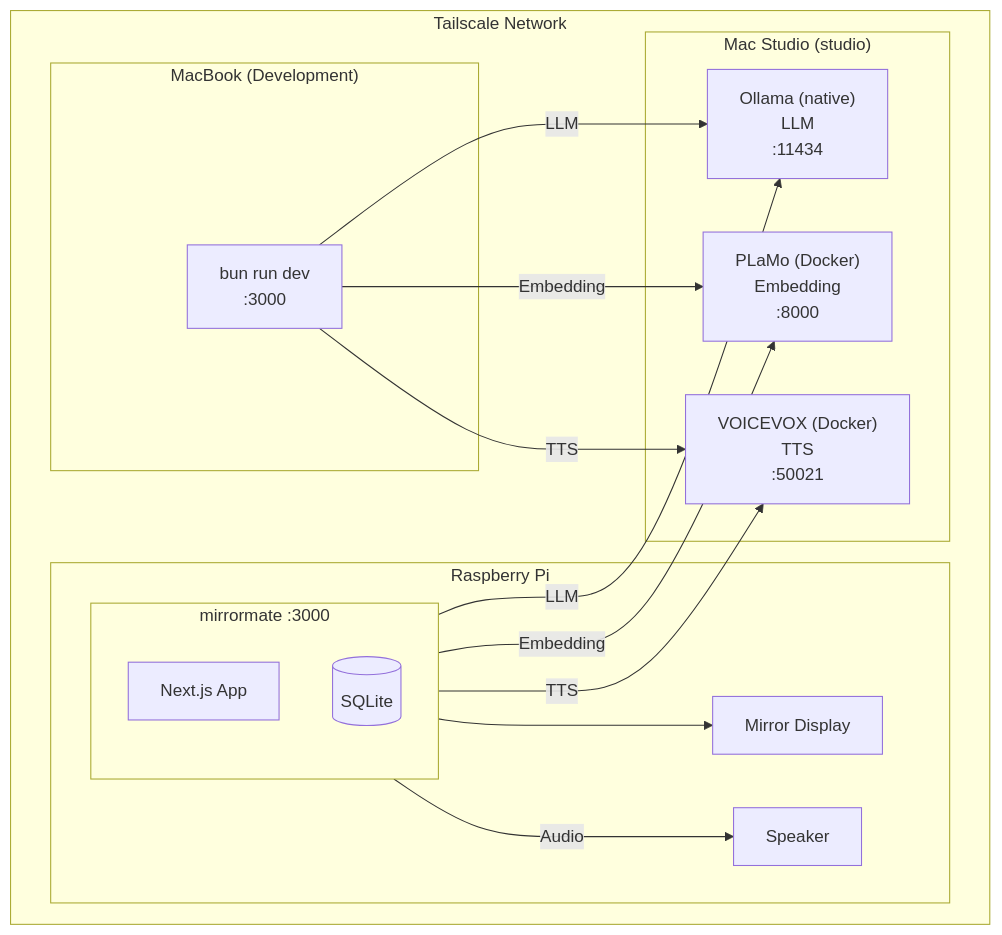
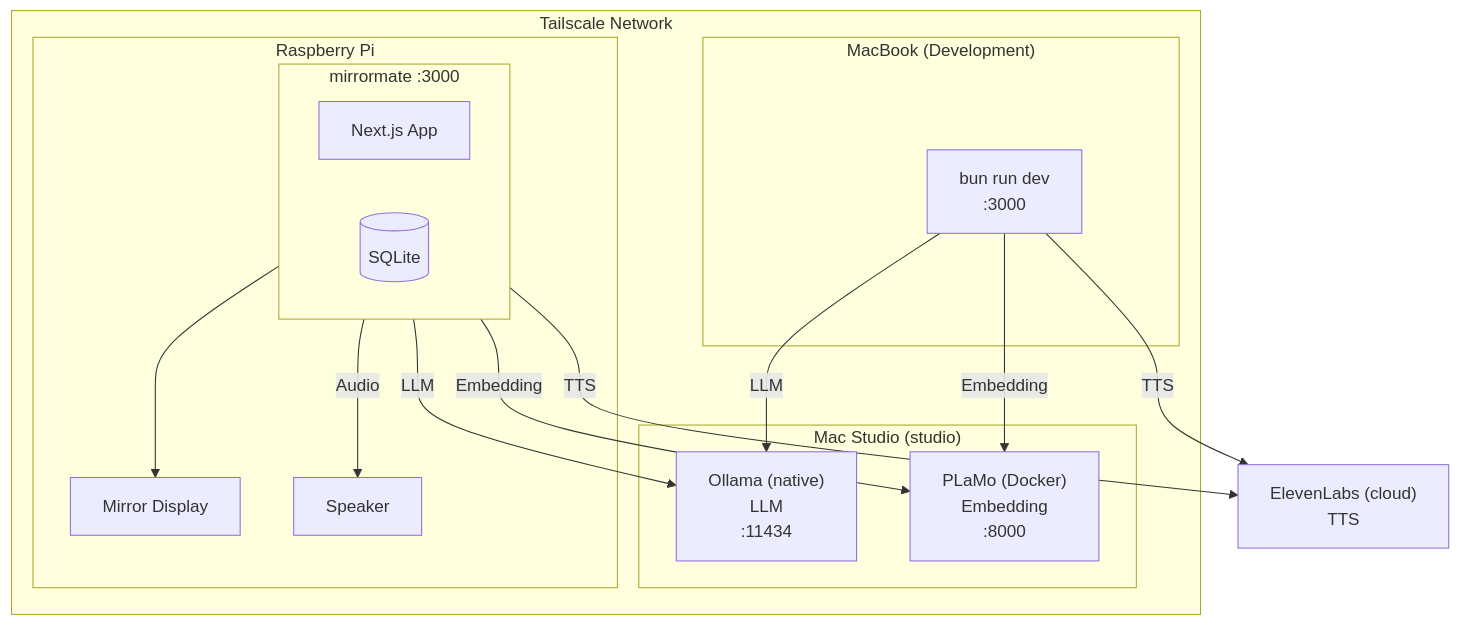
The first of 3 diagrams in docs/guide/recommended-setup.md (barrax63/mirrormate), drawn with Mermaid before and after one commit. The commit also changed other lines of this file and 43 other files, not shown here.

First line of the commit message:
feat: remove VOICEVOX, and pick from the account's ElevenLabs voices (#16)

````diff
--- a/docs/guide/recommended-setup.md
+++ b/docs/guide/recommended-setup.md
@@ -7,32 +7,33 @@
 ```mermaid
 flowchart TB
     subgraph Tailscale["Tailscale Network"]
         subgraph Studio["Mac Studio (studio)"]
             Ollama["Ollama (native)<br/>LLM<br/>:11434"]
             PLaMo["PLaMo (Docker)<br/>Embedding<br/>:8000"]
-            VOICEVOX["VOICEVOX (Docker)<br/>TTS<br/>:50021"]
         end
 
         subgraph RPi["Raspberry Pi"]
             Mirror["Mirror Display"]
             subgraph App["mirrormate :3000"]
                 NextJS["Next.js App"]
                 SQLite[(SQLite)]
             end
             Speaker["Speaker"]
         end
 
         subgraph MacBook["MacBook (Development)"]
             Dev["bun run dev<br/>:3000"]
         end
 
         App -->|LLM| Ollama
         App -->|Embedding| PLaMo
-        App -->|TTS| VOICEVOX
         Dev -->|LLM| Ollama
         Dev -->|Embedding| PLaMo
-        Dev -->|TTS| VOICEVOX
         App --> Mirror
         App -->|Audio| Speaker
     end
+
+    ElevenLabs["ElevenLabs (cloud)<br/>TTS"]
+    App -->|TTS| ElevenLabs
+    Dev -->|TTS| ElevenLabs
 ```
````
